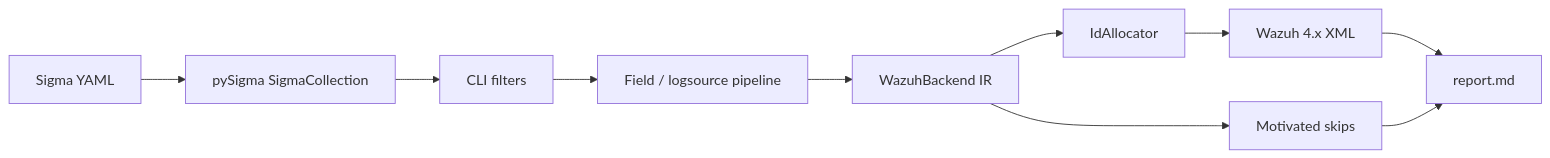
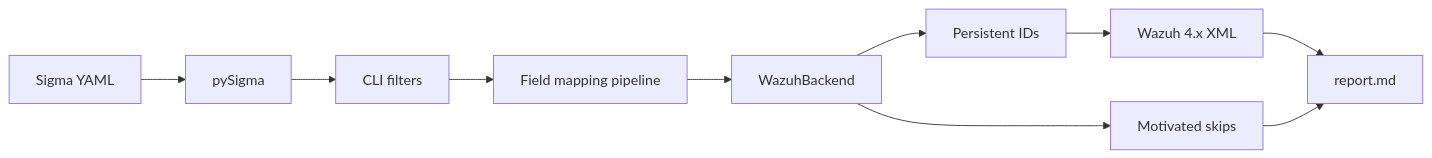
The diagram in README.md (Franski6325/sigmwah), drawn with Mermaid before and after one commit. The commit also changed other lines of this file and 8 other files, not shown here.

````diff
--- a/README.md
+++ b/README.md
@@ -89,12 +103,12 @@
 ```mermaid
 flowchart LR
-  yamlIn[Sigma YAML] --> parse[pySigma SigmaCollection]
+  yamlIn[Sigma YAML] --> parse[pySigma]
   parse --> filter[CLI filters]
-  filter --> pipe[Field / logsource pipeline]
-  pipe --> backend[WazuhBackend IR]
-  backend --> ids[IdAllocator]
+  filter --> pipe[Field mapping pipeline]
+  pipe --> backend[WazuhBackend]
+  backend --> ids[Persistent IDs]
   ids --> emit[Wazuh 4.x XML]
   backend --> skip[Motivated skips]
   emit --> report[report.md]
   skip --> report
 ```
````
